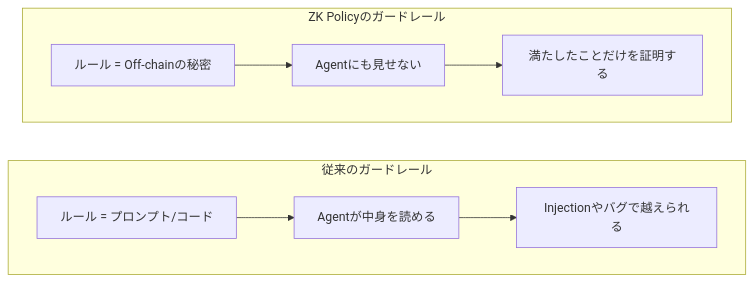
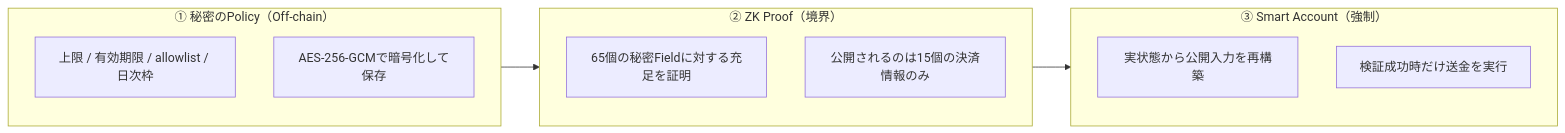
One commit to Komlock-lab/zk-policy-poc changed the first of 4 diagrams in slides/slides.md. Above: the diagram before and after it, drawn with Mermaid. The commit also changed other lines of this file, not shown here.

````diff
--- a/slides/slides.md
+++ b/slides/slides.md
@@ -63,11 +77,19 @@
-```mermaid {scale: 0.85}
+```mermaid {scale: 0.82}
 flowchart LR
-    subgraph old["従来のガードレール"]
-        direction LR
-        o1["ルール = プロンプト/コード"] --> o2["Agentが中身を読める"] --> o3["Injectionやバグで越えられる"]
+    subgraph L1["① 秘密のPolicy（Off-chain）"]
+        direction TB
+        a1["上限 / 有効期限 / allowlist / 日次枠"]
+        a2["AES-256-GCMで暗号化して保存"]
     end
-    subgraph new["ZK Policyのガードレール"]
-        direction LR
-        n1["ルール = Off-chainの秘密"] --> n2["Agentにも見せない"] --> n3["満たしたことだけを証明する"]
+    subgraph L2["② ZK Proof（境界）"]
+        direction TB
+        b1["65個の秘密Fieldに対する充足を証明"]
+        b2["公開されるのは15個の決済情報のみ"]
     end
+    subgraph L3["③ Smart Account（強制）"]
+        direction TB
+        c1["実状態から公開入力を再構築"]
+        c2["検証成功時だけ送金を実行"]
+    end
+    L1 --> L2 --> L3
 ```
````
